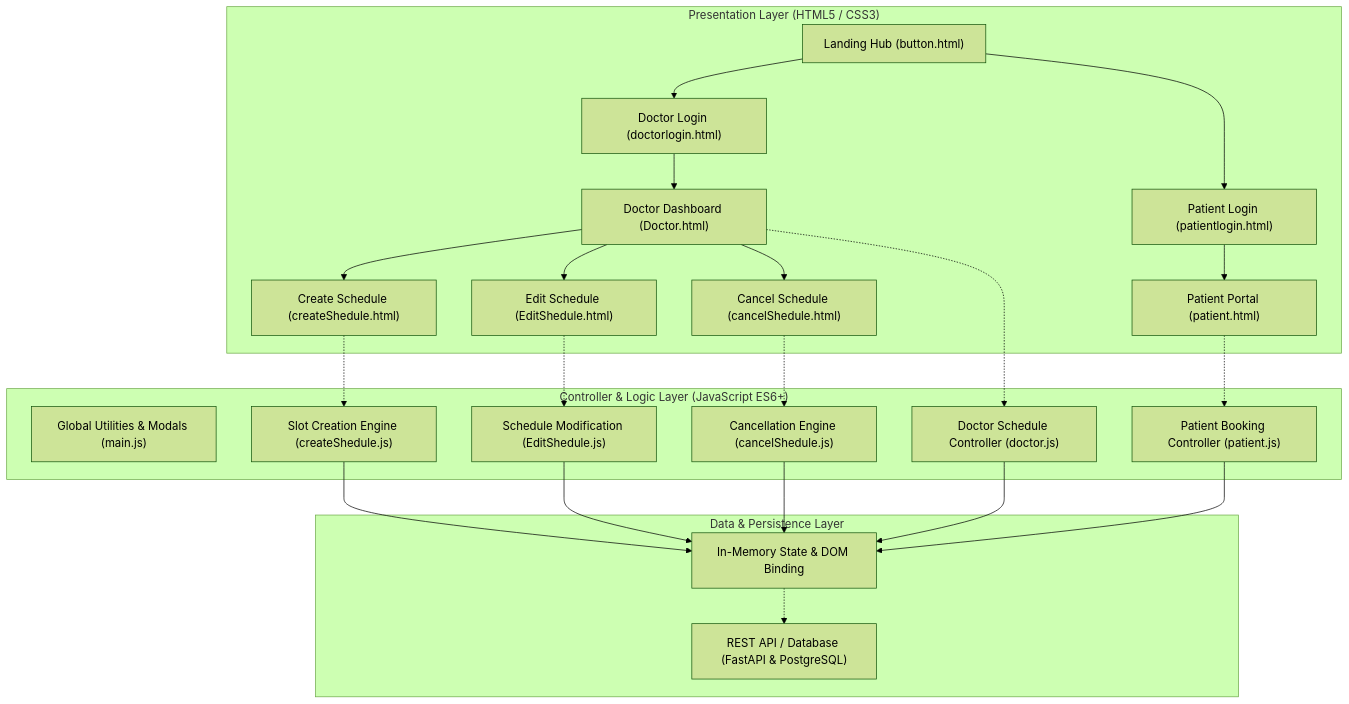
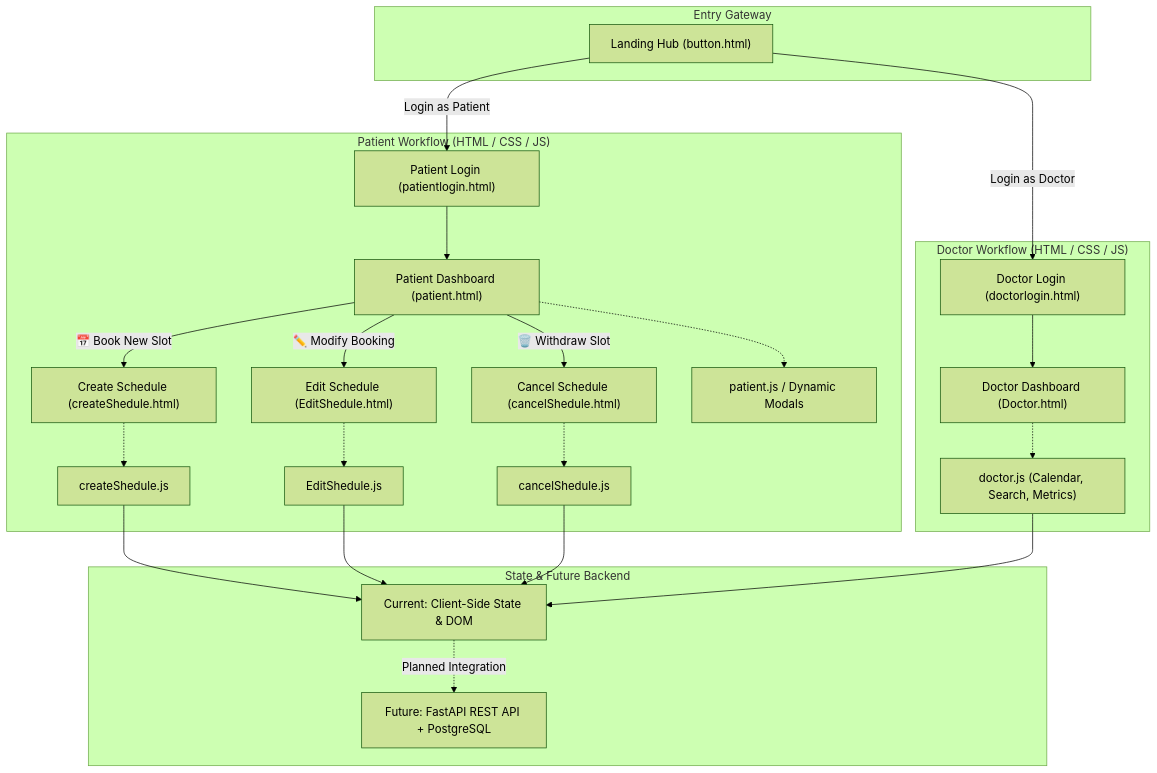
One commit to ankitakumari-eng/Appointment_shedule changed the first of 3 diagrams in README.md. Above: the diagram before and after it, drawn with Mermaid (forest theme). The commit also changed other lines of this file, not shown here.

Commit message:
Docs: correct application flow to reflect patient-owned schedule actions and pure HTML/CSS/JS frontend with future backend roadmap

````diff
--- a/README.md
+++ b/README.md
@@ -159,50 +177,54 @@
 ```mermaid
 flowchart TD
-    subgraph Client_Views["Presentation Layer (HTML5 / CSS3)"]
+    subgraph Gateway["Entry Gateway"]
         Landing["Landing Hub (button.html)"]
-        DocLogin["Doctor Login (doctorlogin.html)"]
+    end
+
+    subgraph Patient_Flow["Patient Workflow (HTML / CSS / JS)"]
         PatLogin["Patient Login (patientlogin.html)"]
-        DocDash["Doctor Dashboard (Doctor.html)"]
-        PatDash["Patient Portal (patient.html)"]
+        PatDash["Patient Dashboard (patient.html)"]
         CreateView["Create Schedule (createShedule.html)"]
         EditView["Edit Schedule (EditShedule.html)"]
         CancelView["Cancel Schedule (cancelShedule.html)"]
+        
+        PatJS["patient.js / Dynamic Modals"]
+        CreateJS["createShedule.js"]
+        EditJS["EditShedule.js"]
+        CancelJS["cancelShedule.js"]
     end
 
-    subgraph Client_Logic["Controller & Logic Layer (JavaScript ES6+)"]
-        MainJS["Global Utilities & Modals (main.js)"]
-        DocJS["Doctor Schedule Controller (doctor.js)"]
-        PatJS["Patient Booking Controller (patient.js)"]
-        CreateJS["Slot Creation Engine (createShedule.js)"]
-        EditJS["Schedule Modification (EditShedule.js)"]
-        CancelJS["Cancellation Engine (cancelShedule.js)"]
+    subgraph Doctor_Flow["Doctor Workflow (HTML / CSS / JS)"]
+        DocLogin["Doctor Login (doctorlogin.html)"]
+        DocDash["Doctor Dashboard (Doctor.html)"]
+        DocJS["doctor.js (Calendar, Search, Metrics)"]
     end
 
-    subgraph Data_Layer["Data & Persistence Layer"]
-        AppState["In-Memory State & DOM Binding"]
-        Backend["REST API / Database (FastAPI & PostgreSQL)"]
+    subgraph Storage_Layer["State & Future Backend"]
+        ClientState["Current: Client-Side State & DOM"]
+        FutureBackend["Future: FastAPI REST API + PostgreSQL"]
     end
 
-    Landing --> DocLogin
-    Landing --> PatLogin
-    DocLogin --> DocDash
+    Landing -->|"Login as Patient"| PatLogin
+    Landing -->|"Login as Doctor"| DocLogin
+
     PatLogin --> PatDash
 
-    DocDash --> CreateView
-    DocDash --> EditView
-    DocDash --> CancelView
+    PatDash -->|"📅 Book New Slot"| CreateView
+    PatDash -->|"✏️ Modify Booking"| EditView
+    PatDash -->|"🗑️ Withdraw Slot"| CancelView
 
-    DocDash -.-> DocJS
-    PatDash -.-> PatJS
     CreateView -.-> CreateJS
     EditView -.-> EditJS
     CancelView -.-> CancelJS
+    PatDash -.-> PatJS
 
-    DocJS --> AppState
-    PatJS --> AppState
-    CreateJS --> AppState
-    EditJS --> AppState
-    CancelJS --> AppState
+    DocLogin --> DocDash
+    DocDash -.-> DocJS
 
-    AppState -.-> Backend
+    CreateJS --> ClientState
+    EditJS --> ClientState
+    CancelJS --> ClientState
+    DocJS --> ClientState
+
+    ClientState -.->|"Planned Integration"| FutureBackend
 ```
````
